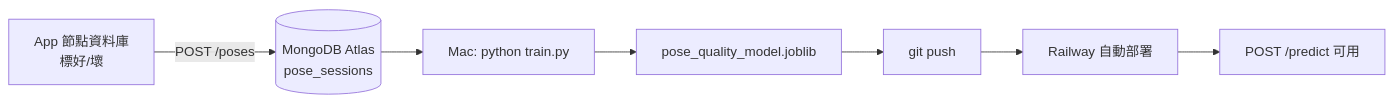
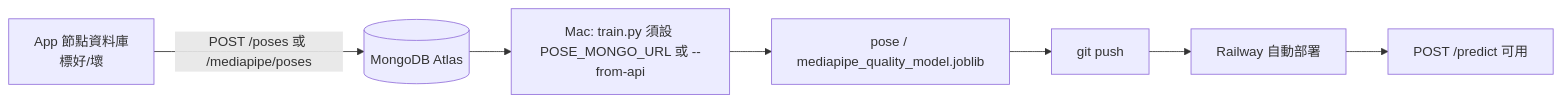
One commit to 789632145ray-create/pose changed the second of 2 diagrams in ARCHITECTURE.md. Above: the diagram before and after it, drawn with Mermaid. The commit also changed other lines of this file and 5 other files, not shown here.

````diff
--- a/ARCHITECTURE.md
+++ b/ARCHITECTURE.md
@@ -279,9 +279,9 @@
 ```mermaid
 flowchart LR
-    A[App 節點資料庫<br/>標好/壞] -->|POST /poses| B[(MongoDB Atlas<br/>pose_sessions)]
-    B --> C[Mac: python train.py]
-    C --> D[pose_quality_model.joblib]
+    A[App 節點資料庫<br/>標好/壞] -->|POST /poses 或 /mediapipe/poses| B[(MongoDB Atlas)]
+    B --> C[Mac: train.py 須設 POSE_MONGO_URL 或 --from-api]
+    C --> D[pose / mediapipe_quality_model.joblib]
     D --> E[git push]
     E --> F[Railway 自動部署]
     F --> G[POST /predict 可用]
 ```
````
